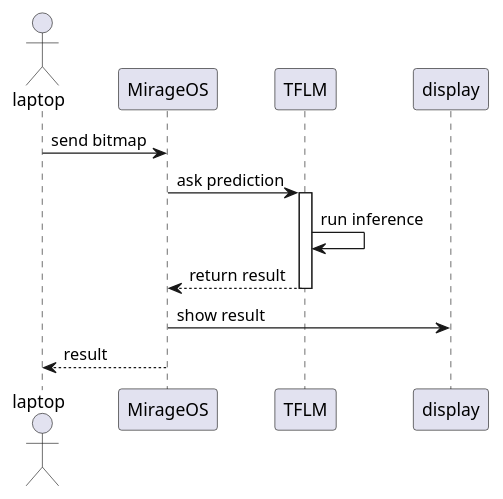
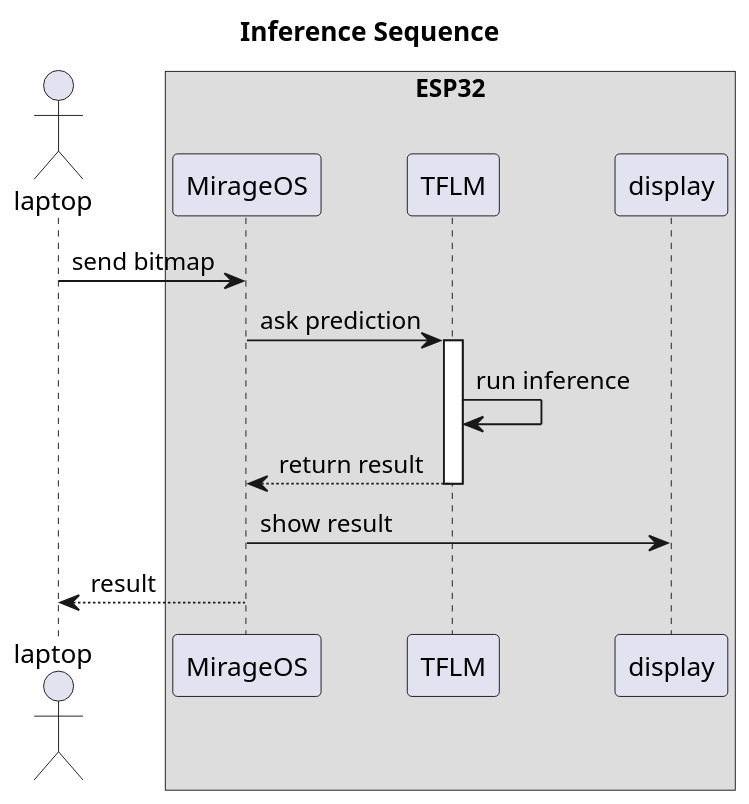
Before and after one commit to doyu/elc2019: the diagram in demo-sq.puml, drawn with PlantUML. The commit also changed 6 other files, not shown here.

```diff
--- a/demo-sq.puml
+++ b/demo-sq.puml
@@ -1,17 +1,23 @@
 @startuml
-
-'title Demo
+scale 1.5
+title Inference Sequence
 
 actor laptop
+
+box "ESP32"
+participant MirageOS
+participant TFLM
+participant display
+end box
 
 laptop -> MirageOS: send bitmap
 MirageOS -> TFLM: ask prediction
 activate TFLM
 TFLM -> TFLM: run inference
 MirageOS <-- TFLM: return result
 deactivate TFLM
 MirageOS -> display: show result
 
 MirageOS --> laptop: result
 
 @enduml
```
